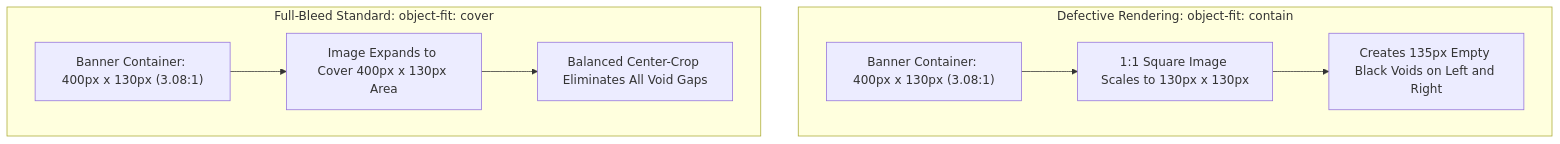
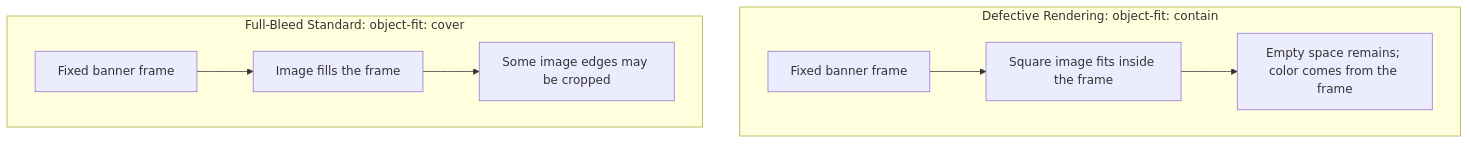
The fifth of 6 diagrams in RUBII_CORE_ARCHITECTURE_AND_CSS_ENGINEERING.md (jadesolju/Snippet-Studio), drawn with Mermaid before and after one commit. The commit also changed other lines of this file and 4 other files, not shown here.

````diff
--- a/RUBII_CORE_ARCHITECTURE_AND_CSS_ENGINEERING.md
+++ b/RUBII_CORE_ARCHITECTURE_AND_CSS_ENGINEERING.md
@@ -235,12 +235,12 @@
 ```mermaid
 flowchart TD
     subgraph Defect["Defective Rendering: object-fit: contain"]
-        D1["Banner Container: 400px x 130px (3.08:1)"] --> D2["1:1 Square Image Scales to 130px x 130px"]
-        D2 --> D3["Creates 135px Empty Black Voids on Left and Right"]
+        D1["Fixed banner frame"] --> D2["Square image fits inside the frame"]
+        D2 --> D3["Empty space remains; color comes from the frame"]
     end
 
     subgraph FullBleed["Full-Bleed Standard: object-fit: cover"]
-        F1["Banner Container: 400px x 130px (3.08:1)"] --> F2["Image Expands to Cover 400px x 130px Area"]
-        F2 --> F3["Balanced Center-Crop Eliminates All Void Gaps"]
+        F1["Fixed banner frame"] --> F2["Image fills the frame"]
+        F2 --> F3["Some image edges may be cropped"]
     end
 ```
````
